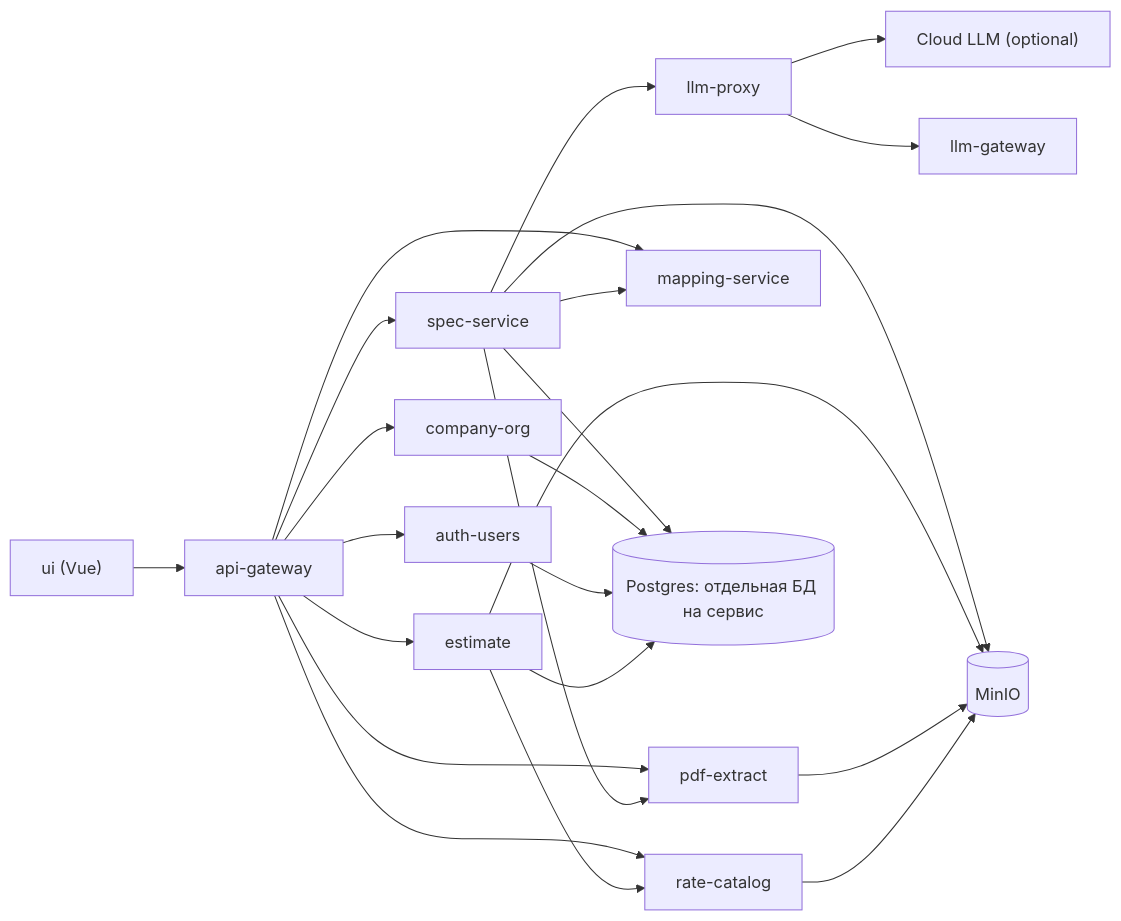
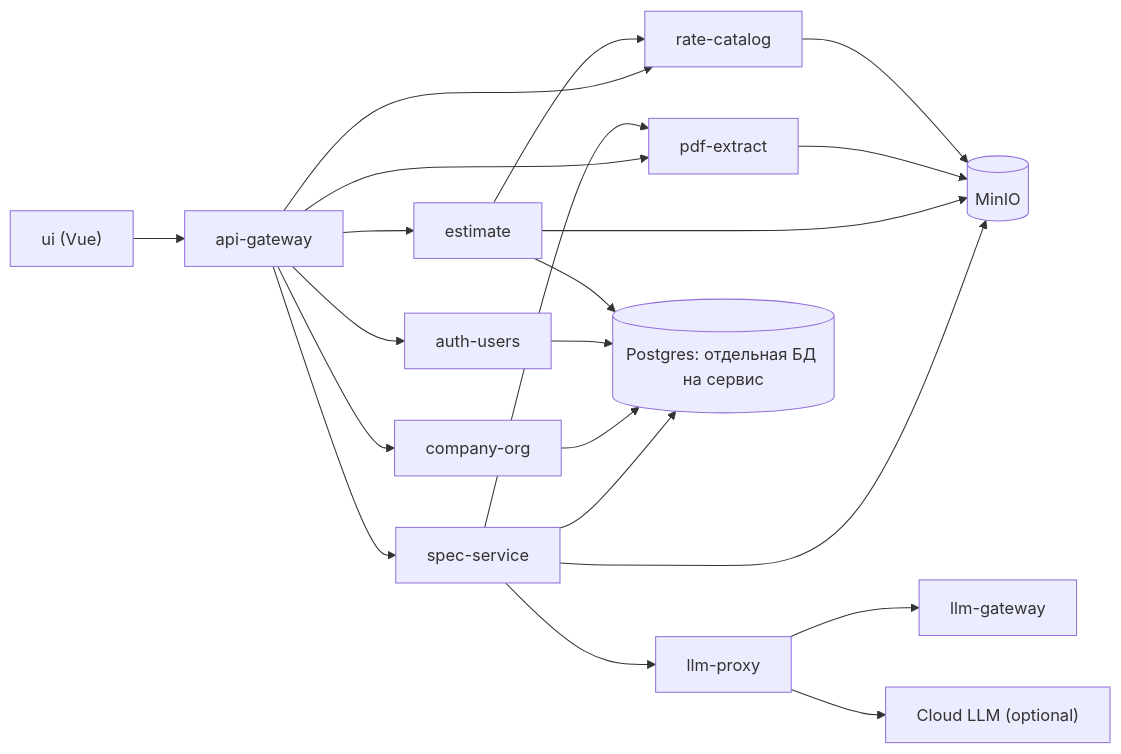
Before and after one commit to VicShved/smeta-core: the second of 2 diagrams in docs/architecture-spine.md, drawn with Mermaid. The commit also changed other lines of this file and 4 other files, not shown here.

````diff
--- a/docs/architecture-spine.md
+++ b/docs/architecture-spine.md
@@ -158,25 +156,23 @@
 ```mermaid
 flowchart LR
   ui["ui (Vue)"] --> gw["api-gateway"]
   gw --> auth["auth-users"]
   gw --> org["company-org"]
   gw --> est["estimate"]
   gw --> cat["rate-catalog"]
   gw --> pdf["pdf-extract"]
-  gw --> map["mapping-service"]
   gw --> spec["spec-service"]
   spec --> pdf
   spec --> proxy["llm-proxy"]
   proxy --> llm["llm-gateway"]
   proxy --> cloud["Cloud LLM (optional)"]
-  spec --> map
   spec --> s3[("MinIO")]
   spec --> pg
   est --> cat
   est --> s3[("MinIO")]
   pdf --> s3
   cat --> s3
   org --> pg[("Postgres: отдельная БД на сервис")]
   auth --> pg
   est --> pg
 ```
````
